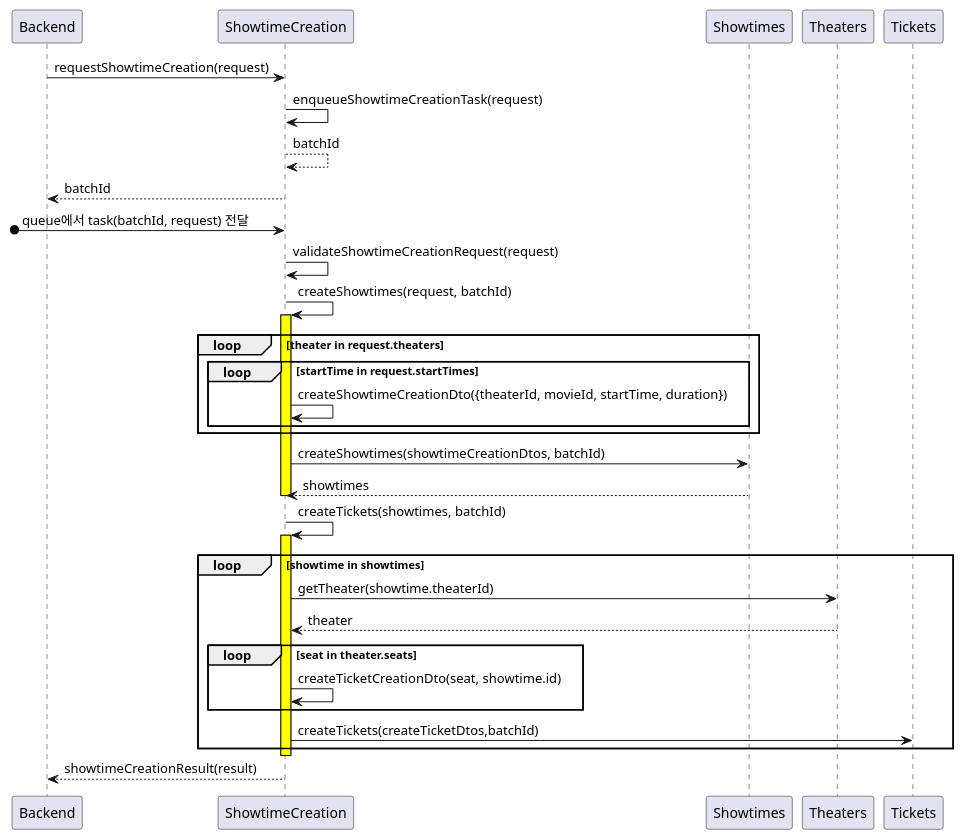
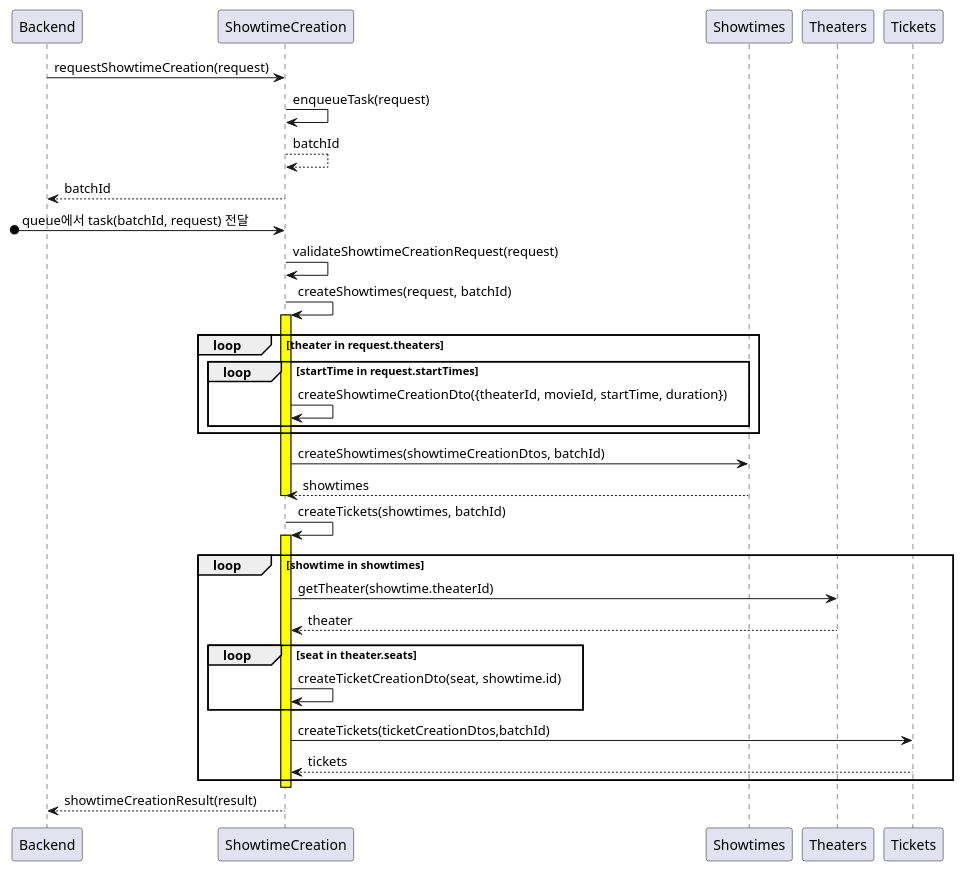
The third of 3 diagrams in docs/showtime-creation.md (mannercode/nest-seed), drawn with PlantUML before and after one commit.

Commit message:
showtime-creation.md 일부 변경

````diff
--- a/docs/showtime-creation.md
+++ b/docs/showtime-creation.md
@@ -155,36 +155,37 @@
 ```plantuml
 @startuml
 Backend -> ShowtimeCreation: requestShowtimeCreation(request)
-        ShowtimeCreation -> ShowtimeCreation: enqueueShowtimeCreationTask(request)
+        ShowtimeCreation -> ShowtimeCreation: enqueueTask(request)
         ShowtimeCreation --> ShowtimeCreation: batchId
 Backend <-- ShowtimeCreation: batchId
 
 [o-> ShowtimeCreation: queue에서 task(batchId, request) 전달
     ShowtimeCreation -> ShowtimeCreation: validateShowtimeCreationRequest(request)
 
     ShowtimeCreation -> ShowtimeCreation: createShowtimes(request, batchId)
     activate ShowtimeCreation #yellow
         loop theater in request.theaters
             loop startTime in request.startTimes
                 ShowtimeCreation -> ShowtimeCreation: createShowtimeCreationDto({theaterId, movieId, startTime, duration})
             end
         end
 
         ShowtimeCreation -> Showtimes: createShowtimes(showtimeCreationDtos, batchId)
         ShowtimeCreation <-- Showtimes: showtimes
     deactivate ShowtimeCreation
 
     ShowtimeCreation -> ShowtimeCreation: createTickets(showtimes, batchId)
     activate ShowtimeCreation #yellow
         loop showtime in showtimes
             ShowtimeCreation -> Theaters: getTheater(showtime.theaterId)
             ShowtimeCreation <-- Theaters: theater
             loop seat in theater.seats
                 ShowtimeCreation -> ShowtimeCreation: createTicketCreationDto(seat, showtime.id)
             end
-            ShowtimeCreation -> Tickets: createTickets(createTicketDtos,batchId)
+            ShowtimeCreation -> Tickets: createTickets(ticketCreationDtos,batchId)
+            ShowtimeCreation <-- Tickets: tickets
         end
     deactivate ShowtimeCreation
 Backend <-- ShowtimeCreation: showtimeCreationResult(result)
 @enduml
 ```
````
